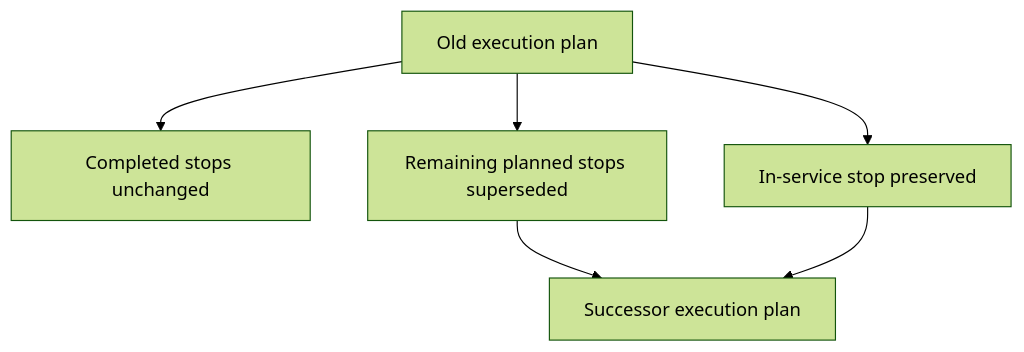
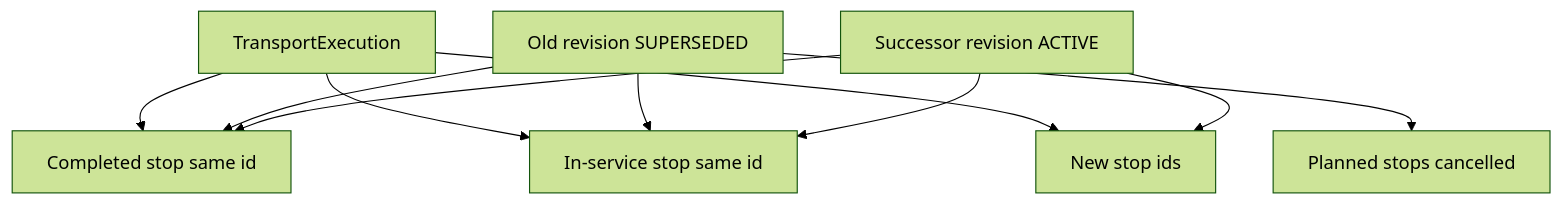
The diagram in docs/architecture/tms-multistop/REPLAN_SUCCESSOR_MODEL.md (f9999737292-bit/Freihgt-platform), drawn with Mermaid (forest theme) before and after one commit. The commit also changed other lines of this file and 20 other files, not shown here.

Commit message:
docs(tms): resolve multi-stop execution freeze findings

````diff
--- a/docs/architecture/tms-multistop/REPLAN_SUCCESSOR_MODEL.md
+++ b/docs/architecture/tms-multistop/REPLAN_SUCCESSOR_MODEL.md
@@ -15,13 +21,19 @@
 ```mermaid
 flowchart TD
-  OldPlan[Old execution plan]
-  Done[Completed stops unchanged]
-  Current[In-service stop preserved]
-  Rest[Remaining planned stops superseded]
-  Successor[Successor execution plan]
-  OldPlan --> Done
-  OldPlan --> Current
-  OldPlan --> Rest
-  Rest --> Successor
-  Current --> Successor
+  Route[TransportExecution]
+  OldRev[Old revision SUPERSEDED]
+  NewRev[Successor revision ACTIVE]
+  Done[Completed stop same id]
+  Current[In-service stop same id]
+  Rest[Planned stops cancelled]
+  Introduced[New stop ids]
+  Route --> Done
+  Route --> Current
+  Route --> Introduced
+  OldRev --> Done
+  OldRev --> Current
+  OldRev --> Rest
+  NewRev --> Done
+  NewRev --> Current
+  NewRev --> Introduced
 ```
````
